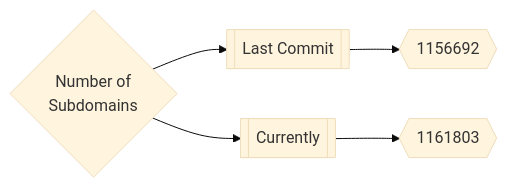
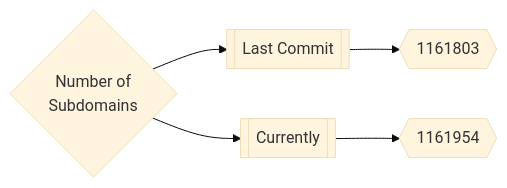
Before and after one commit to trickest/inventory: the first of 3 diagrams in README.md, drawn with Mermaid (base theme). The commit also changed other lines of this file and 11 other files, not shown here.

````diff
--- a/README.md
+++ b/README.md
@@ -165,5 +165,5 @@
 ```mermaid
 graph LR
-title{Number of<br>Subdomains} --> subdomainsDate1[[Last Commit]] --> subdomainsNum1{{1156692}}
-title --> subdomainsDate2[[Currently]] --> subdomainsNum2{{1161803}}
+title{Number of<br>Subdomains} --> subdomainsDate1[[Last Commit]] --> subdomainsNum1{{1161803}}
+title --> subdomainsDate2[[Currently]] --> subdomainsNum2{{1161954}}
 ```
````
